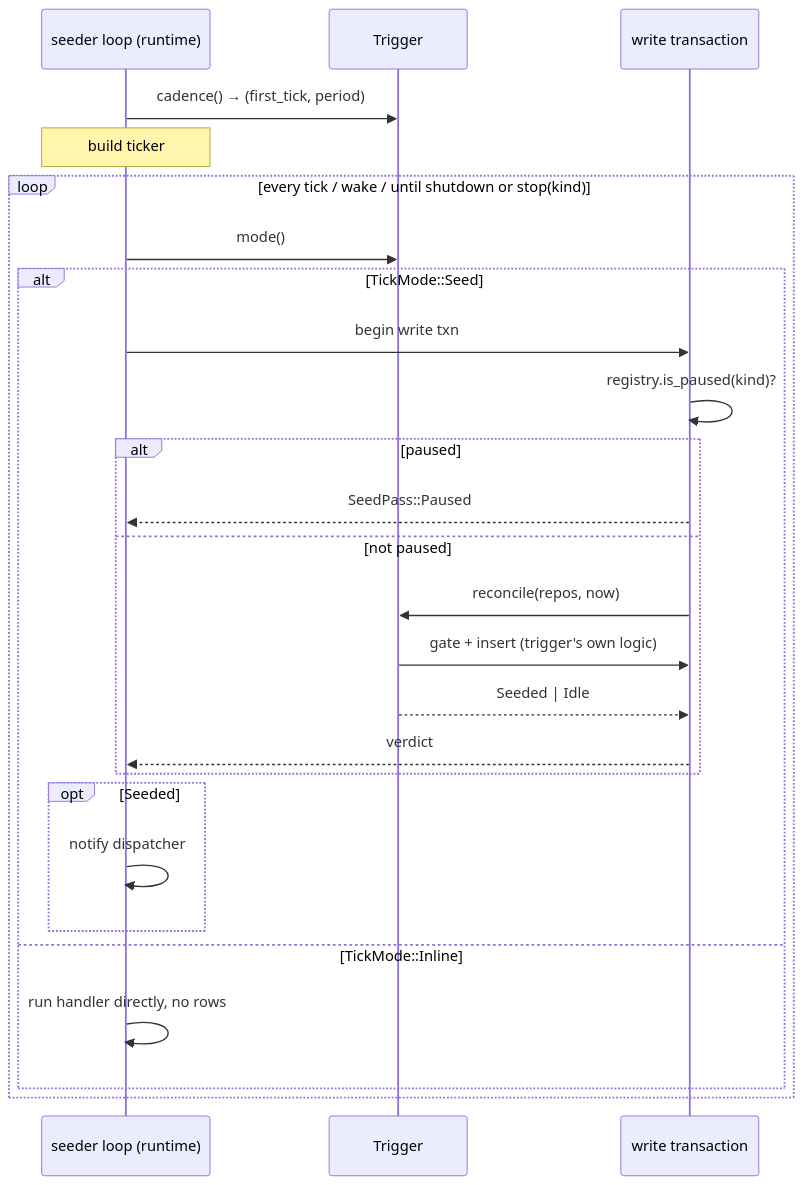
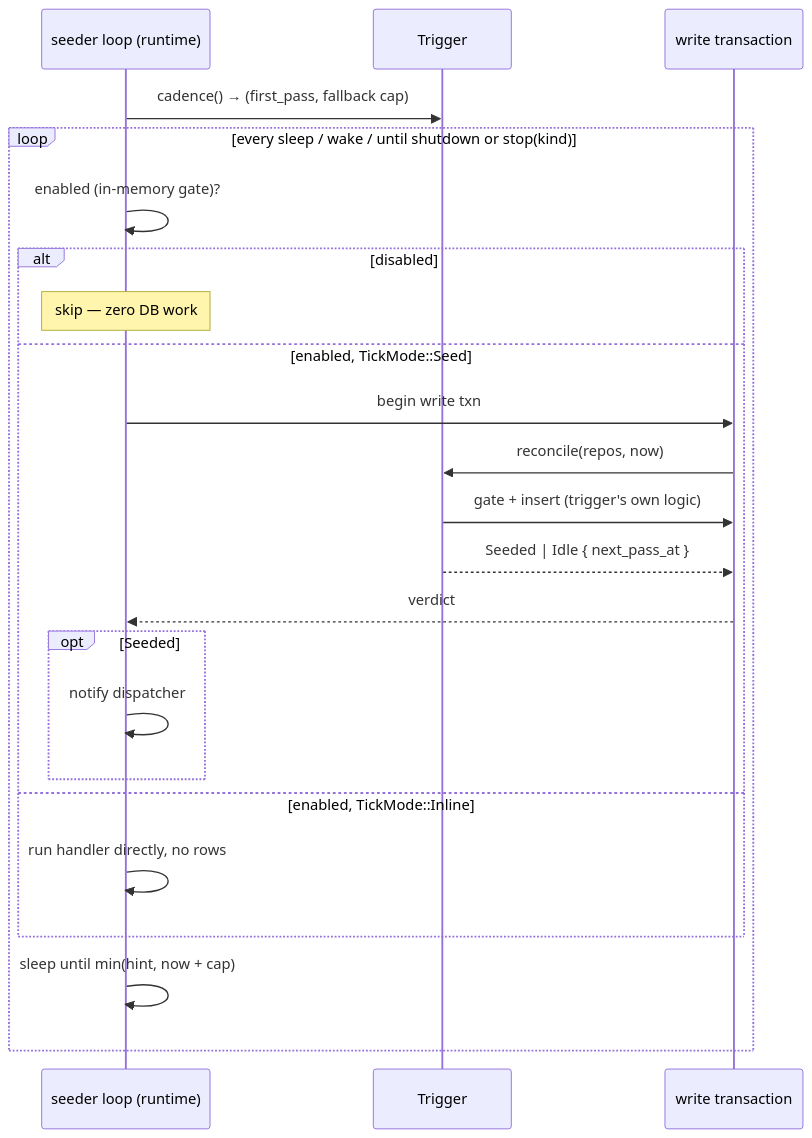
Before and after one commit to lpfmongo/valqeron: the second of 5 diagrams in docs/src/tasks/triggers.md, drawn with Mermaid. The commit also changed other lines of this file and 48 other files, not shown here.

````diff
--- a/docs/src/tasks/triggers.md
+++ b/docs/src/tasks/triggers.md
@@ -47,30 +48,27 @@
 ```mermaid
 sequenceDiagram
     participant M as seeder loop (runtime)
     participant T as Trigger
     participant DB as write transaction
 
-    M->>T: cadence() → (first_tick, period)
-    Note over M: build ticker
+    M->>T: cadence() → (first_pass, fallback cap)
 
-    loop every tick / wake / until shutdown or stop(kind)
-        M->>T: mode()
-        alt TickMode::Seed
+    loop every sleep / wake / until shutdown or stop(kind)
+        M->>M: enabled (in-memory gate)?
+        alt disabled
+            Note over M: skip — zero DB work
+        else enabled, TickMode::Seed
             M->>DB: begin write txn
-            DB->>DB: registry.is_paused(kind)?
-            alt paused
-                DB-->>M: SeedPass::Paused
-            else not paused
-                DB->>T: reconcile(repos, now)
-                T->>DB: gate + insert (trigger's own logic)
-                T-->>DB: Seeded | Idle
-                DB-->>M: verdict
-            end
+            DB->>T: reconcile(repos, now)
+            T->>DB: gate + insert (trigger's own logic)
+            T-->>DB: Seeded | Idle { next_pass_at }
+            DB-->>M: verdict
             opt Seeded
                 M->>M: notify dispatcher
             end
-        else TickMode::Inline
+        else enabled, TickMode::Inline
             M->>M: run handler directly, no rows
         end
+        M->>M: sleep until min(hint, now + cap)
     end
 ```
````
